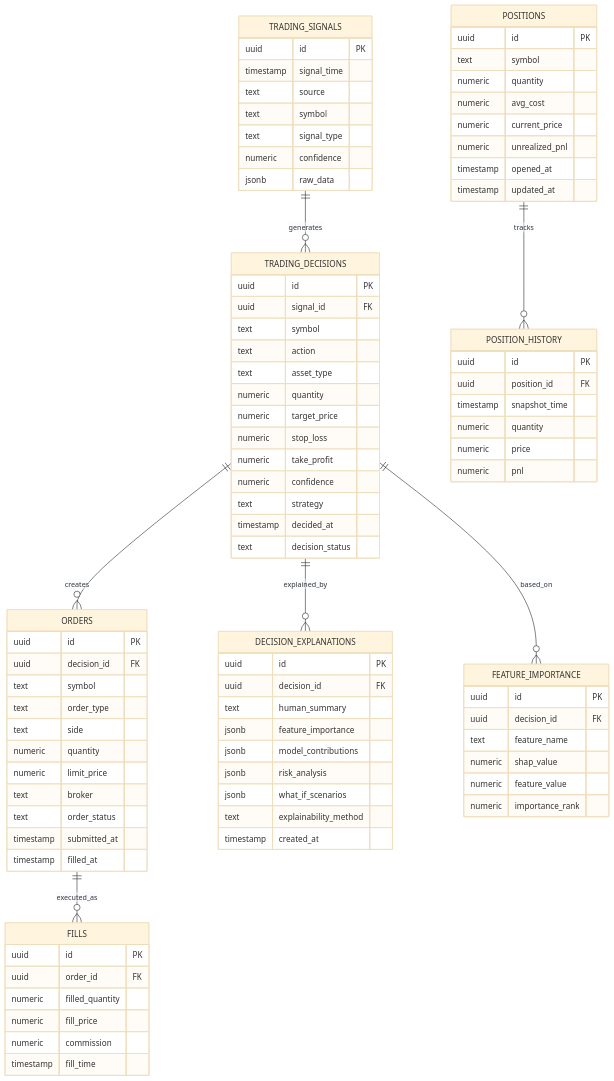
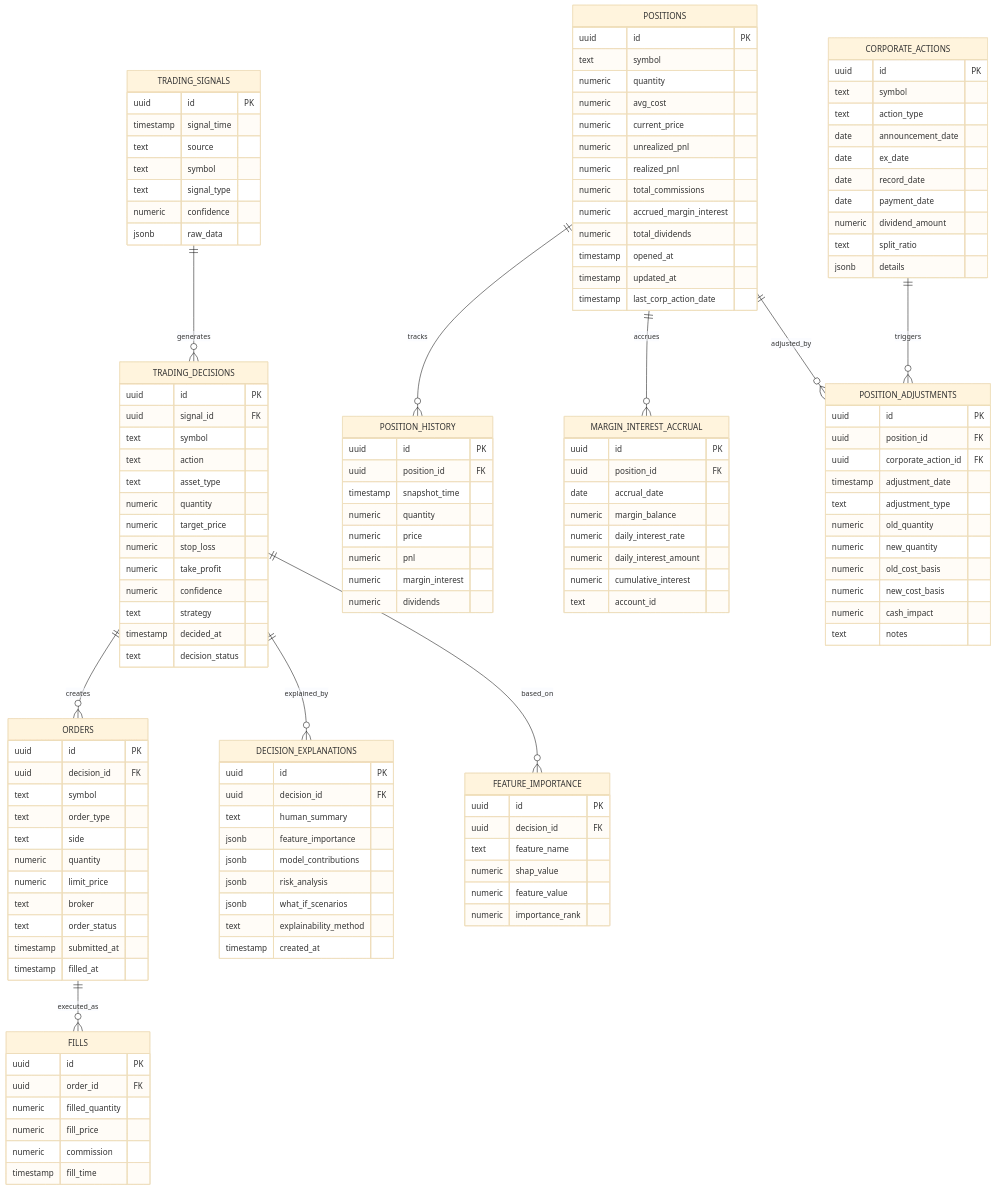
Diagram 15 of 20 in docs/architecture/intelligent-trading-decision-engine.md (oldboldpilot/BigBrotherAnalytics), drawn with Mermaid (base theme) before and after one commit. The commit also changed other lines of this file and 5 other files, not shown here.

````diff
--- a/docs/architecture/intelligent-trading-decision-engine.md
+++ b/docs/architecture/intelligent-trading-decision-engine.md
@@ -1363,6 +1363,9 @@
     TRADING_DECISIONS ||--o{ DECISION_EXPLANATIONS : "explained_by"
     TRADING_DECISIONS ||--o{ FEATURE_IMPORTANCE : "based_on"
     POSITIONS ||--o{ POSITION_HISTORY : "tracks"
+    POSITIONS ||--o{ MARGIN_INTEREST_ACCRUAL : "accrues"
+    POSITIONS ||--o{ POSITION_ADJUSTMENTS : "adjusted_by"
+    CORPORATE_ACTIONS ||--o{ POSITION_ADJUSTMENTS : "triggers"
 
     TRADING_SIGNALS {
         uuid id PK
@@ -1441,8 +1444,13 @@
         numeric avg_cost
         numeric current_price
         numeric unrealized_pnl
+        numeric realized_pnl
+        numeric total_commissions
+        numeric accrued_margin_interest
+        numeric total_dividends
         timestamp opened_at
         timestamp updated_at
+        timestamp last_corp_action_date
     }
 
     POSITION_HISTORY {
@@ -1452,5 +1460,45 @@
         numeric quantity
         numeric price
         numeric pnl
+        numeric margin_interest
+        numeric dividends
+    }
+
+    MARGIN_INTEREST_ACCRUAL {
+        uuid id PK
+        uuid position_id FK
+        date accrual_date
+        numeric margin_balance
+        numeric daily_interest_rate
+        numeric daily_interest_amount
+        numeric cumulative_interest
+        text account_id
+    }
+
+    CORPORATE_ACTIONS {
+        uuid id PK
+        text symbol
+        text action_type
+        date announcement_date
+        date ex_date
+        date record_date
+        date payment_date
+        numeric dividend_amount
+        text split_ratio
+        jsonb details
+    }
+
+    POSITION_ADJUSTMENTS {
+        uuid id PK
+        uuid position_id FK
+        uuid corporate_action_id FK
+        timestamp adjustment_date
+        text adjustment_type
+        numeric old_quantity
+        numeric new_quantity
+        numeric old_cost_basis
+        numeric new_cost_basis
+        numeric cash_impact
+        text notes
     }
 ```
````
